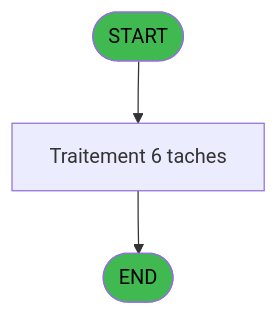
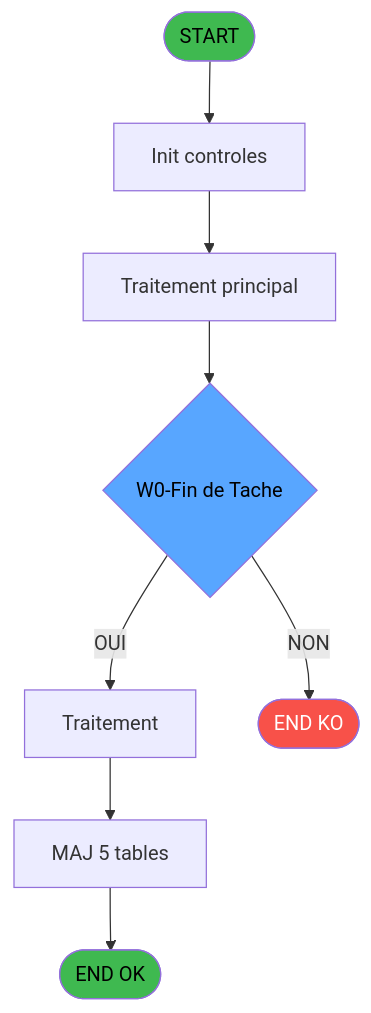
One commit to thonyAGP/lecteur-magic changed the first of 3 diagrams in .openspec/specs/ADH-IDE-170.md. Above: the diagram before and after it, drawn with Mermaid. The commit also changed other lines of this file and 493 other files, not shown here.

````diff
--- a/.openspec/specs/ADH-IDE-170.md
+++ b/.openspec/specs/ADH-IDE-170.md
@@ -169,9 +79,21 @@
 ```mermaid
 flowchart TD
     START([START])
-    PROCESS[Traitement 6 taches]
-    ENDOK([END])
-    START --> PROCESS --> ENDOK
+    INIT[Init controles]
+    SAISIE[Traitement principal]
+    DECISION{W0-Fin de Tache}
+    PROCESS[Traitement]
+    UPDATE[MAJ 5 tables]
+    ENDOK([END OK])
+    ENDKO([END KO])
+
+    START --> INIT --> SAISIE --> DECISION
+    DECISION -->|OUI| PROCESS
+    DECISION -->|NON| ENDKO
+    PROCESS --> UPDATE --> ENDOK
+
     style START fill:#3fb950,color:#000
     style ENDOK fill:#3fb950,color:#000
+    style ENDKO fill:#f85149,color:#fff
+    style DECISION fill:#58a6ff,color:#000
 ```
````
